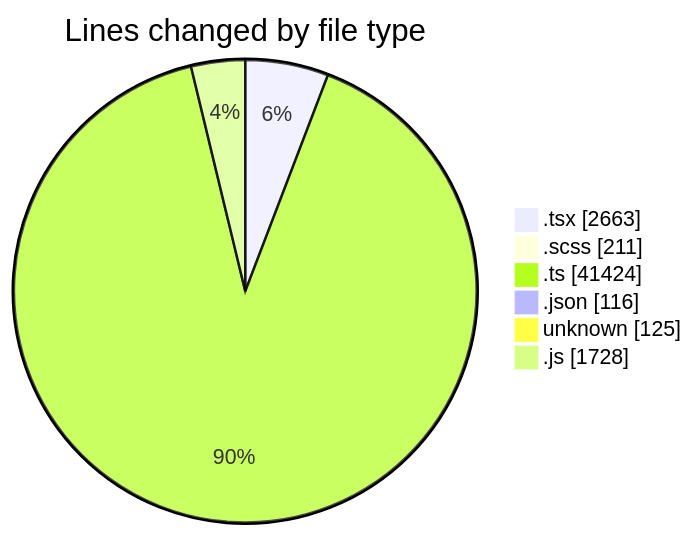
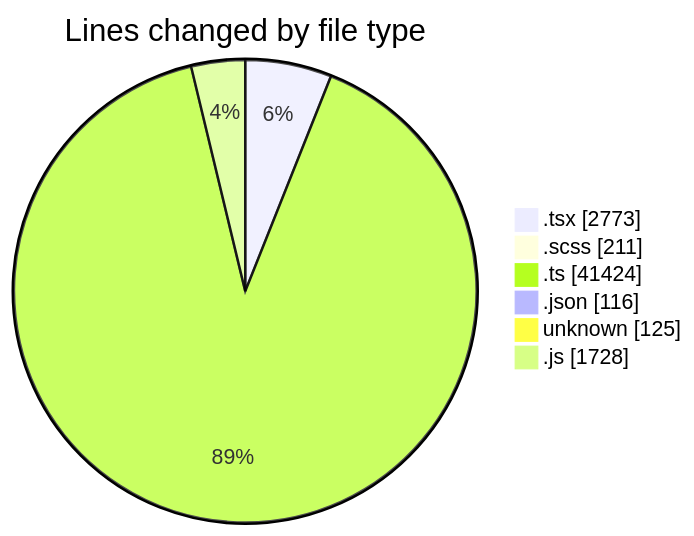
The first of 2 diagrams in 2026-09-04/cda/README.md (momahboobian/code-tracking), drawn with Mermaid before and after one commit. The commit also changed other lines of this file and 1 other file, not shown here.

````diff
--- a/2026-09-04/cda/README.md
+++ b/2026-09-04/cda/README.md
@@ -77,10 +77,10 @@
 ```mermaid
 pie showData
 title Lines changed by file type
-".tsx" : 2663
+".tsx" : 2773
 ".scss" : 211
 ".ts" : 41424
 ".json" : 116
 "unknown" : 125
 ".js" : 1728
 ```
````
